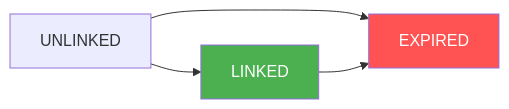
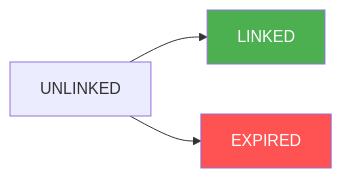
One commit to DollarPe-Infra/docs changed the second of 3 diagrams in api-reference/overview/status-reference.mdx. Above: the diagram before and after it, drawn with Mermaid. The commit also changed other lines of this file and 15 other files, not shown here.

````diff
--- a/api-reference/overview/status-reference.mdx
+++ b/api-reference/overview/status-reference.mdx
@@ -39,8 +39,7 @@
 ```mermaid
 graph LR
     A[UNLINKED] --> B[LINKED]
     A --> C[EXPIRED]
-    B --> C[EXPIRED]
     style B fill:#4CAF50,color:#fff
     style C fill:#FF5252,color:#fff
 ```
````
